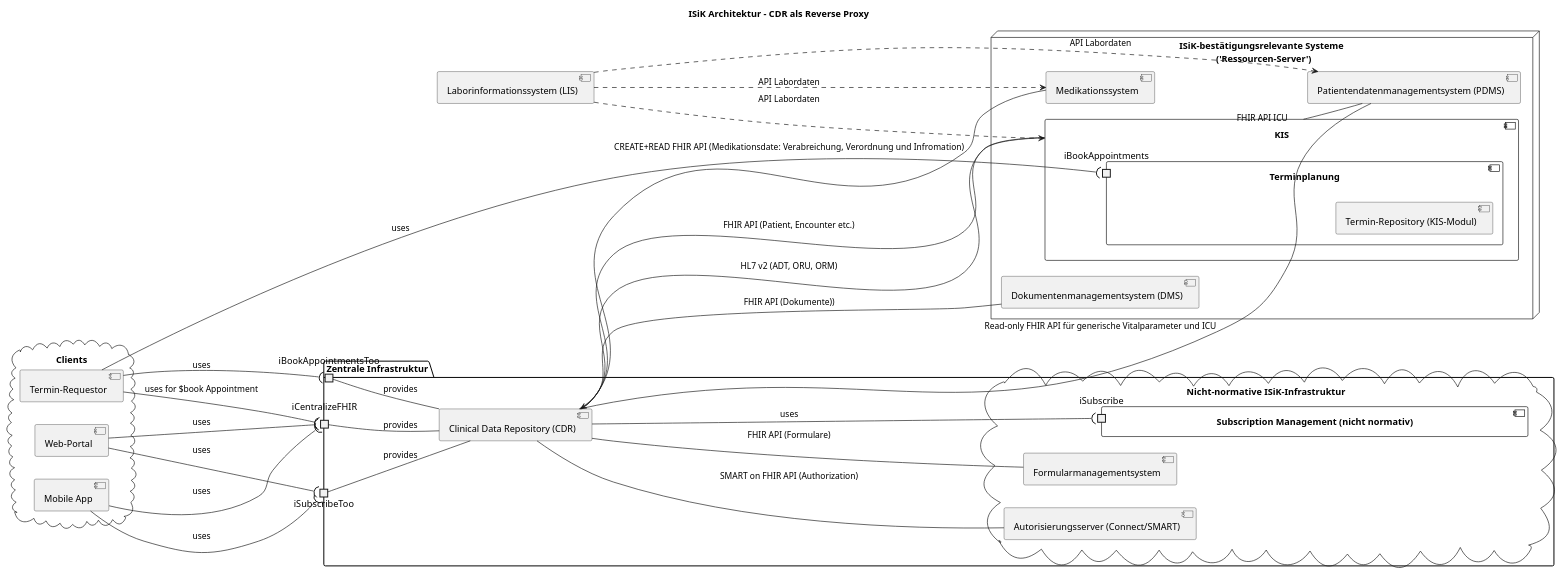
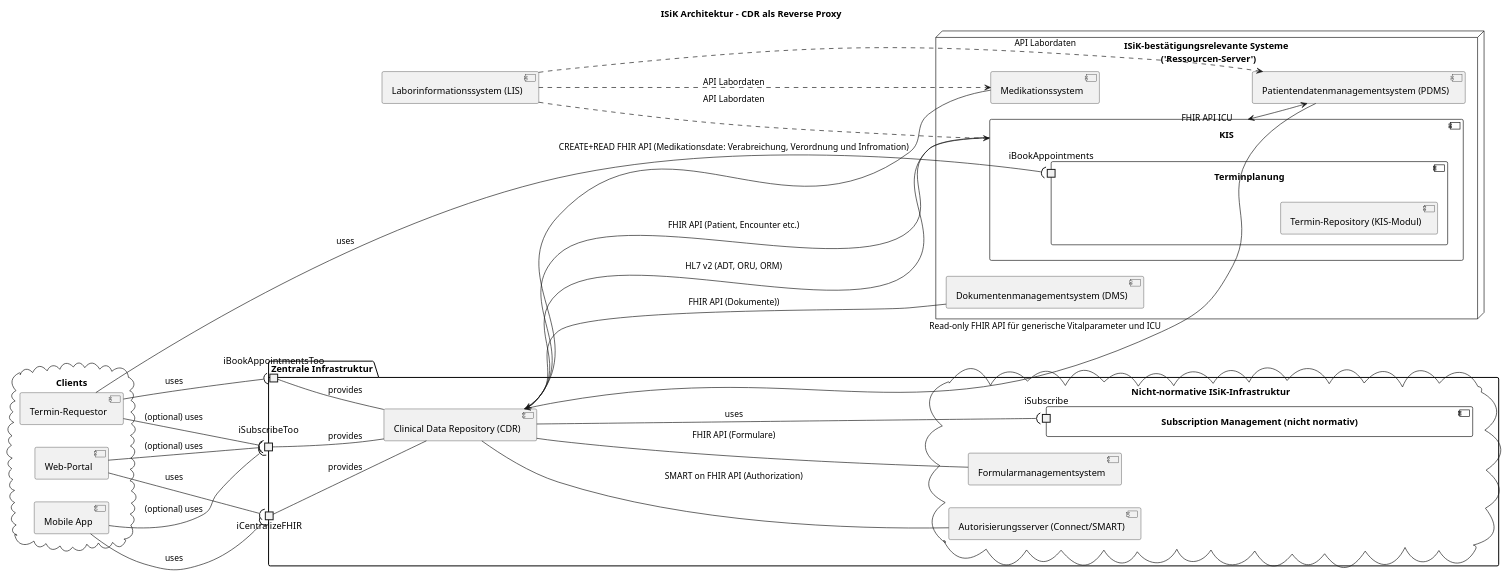
Before and after one commit to gematik/spec-ISiK-Basismodul: the diagram in Material/_commons/diagrams/isik-arch.puml, drawn with PlantUML.

Commit message:
refine puml

```diff
--- a/Material/_commons/diagrams/isik-arch.puml
+++ b/Material/_commons/diagrams/isik-arch.puml
@@ -1,107 +1,108 @@
 @startuml
 left to right direction
 
 title ISiK Architektur – CDR als Reverse Proxy
 
 node "ISiK-bestätigungsrelevante Systeme \n ('Ressourcen-Server')" {
 
 component KIS  {
   component "Terminplanung" {
     [Termin-Repository (KIS-Modul)] as TerminKIS
     portin iBookAppointments
     } 
   ' component "PDMS-Modul" as PDMSKISMODUL
   ' component "weiteres KIS-Modul" as KISMODUL
 
   }
 
   [Patientendatenmanagementsystem (PDMS)] as PDMS
   [Dokumentenmanagementsystem (DMS)] as DMS
   [Medikationssystem]
 
 
 }
 
 
 package "Zentrale Infrastruktur" {
   [Clinical Data Repository (CDR)] as CDR
 
   portin iCentralizeFHIR
   portin iSubscribeToo
   portin iBookAppointmentsToo
 
   cloud "Nicht-normative ISiK-Infrastruktur" {
   
   [Autorisierungsserver (Connect/SMART)] as Autorisierungsserver
   [Formularmanagementsystem]
 
   component "Subscription Management (nicht normativ)" {
     portin  iSubscribe
   }
 
 
   }
 }
 
   
 
 [Laborinformationssystem (LIS)] as LIS
 
 
 
 cloud "Clients" {
   [Mobile App]
   [Web-Portal]
   [Termin-Requestor]
 
 }
 
 ' Schnittstellen zwischen CDR und externen Clients
 iCentralizeFHIR - [CDR]  : provides
 iBookAppointmentsToo - [CDR] : provides
 [Mobile App] --( iCentralizeFHIR : uses
 [Web-Portal] --( iCentralizeFHIR : uses
-[Termin-Requestor] --( iCentralizeFHIR : "uses for $book Appointment"
 [Termin-Requestor] -( iBookAppointmentsToo : uses
 
 ' Direkte Schnittstellen zwischen ISiK-Systemen
-[KIS] -- [PDMS] : FHIR API ICU
+[KIS] <--> [PDMS] : FHIR API ICU 
+' TODO lollipop notation for ICU in both directions
 [LIS] ..> [KIS] :  API Labordaten
 [LIS] ..> [PDMS] :  API Labordaten
 [LIS] ..> [Medikationssystem] :  API Labordaten
 
 ' Direkte Schnittstellen zwischen externen Clients und ISiK-Systemen
 [Termin-Requestor] -( iBookAppointments : uses
 
 ' FHIR Schnittstellen zwischen CDR und ISiK-Systemen
 
 [CDR] -- [KIS] :  FHIR API (Patient, Encounter etc.) 
-[CDR] -- [PDMS] : Read-only FHIR API für generische Vitalparameter und ICU 
+[CDR] <-- [PDMS] : Read-only FHIR API für generische Vitalparameter und ICU 
 [CDR] -- [DMS] : FHIR API (Dokumente))
 [CDR] -- [Medikationssystem] : CREATE+READ FHIR API (Medikationsdate: Verabreichung, Verordnung und Infromation)
 [CDR] -- [Autorisierungsserver] : SMART on FHIR API (Authorization) 
 [CDR] -- [Formularmanagementsystem] : FHIR API (Formulare)
 
 
 
 
 ' CDR Subscription Management zu subsystemen 
 [CDR] --( iSubscribe : uses 
 'iSubscribe - [KIS] : provides
 'iSubscribe - [PDMS] : provides
 'iSubscribe - [Medikationssystem] : provides
 ' etc. für alle Systeme, die Subscription Management unterstützen; hier nicht gerendert im Sinne der Übersichtlichkeit
 
 ' Client-Subscription-Management
 iSubscribeToo -- [CDR] : provides 
-[Mobile App] -( iSubscribeToo : uses 
-[Web-Portal] -( iSubscribeToo : uses 
+[Mobile App] -( iSubscribeToo : "(optional) uses" 
+[Web-Portal] -( iSubscribeToo : "(optional) uses"  
+[Termin-Requestor] -( iSubscribeToo : "(optional) uses" 
 
 ' weitere Schnittstellen zwischen CDR und ISiK-Systemen
 [KIS] --> [CDR] : HL7 v2 (ADT, ORU, ORM)
 'etc. für alle Systeme, die HL7 v2 unterstützen; hier nicht gerendert im Sinne der Übersichtlichkeit
 
 
 
 
 @enduml
```
